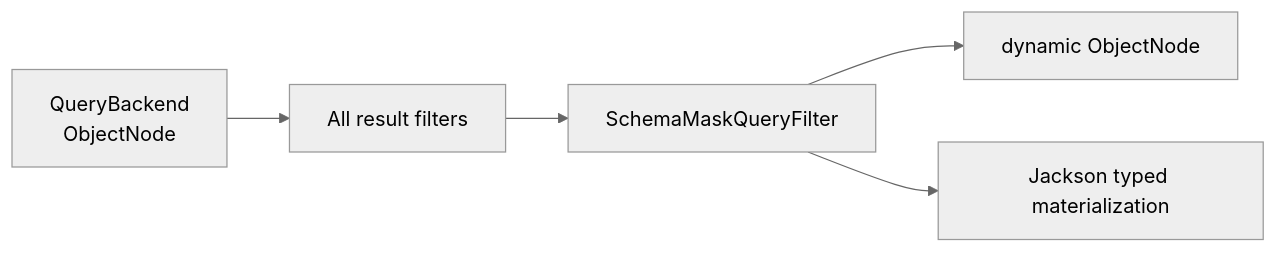
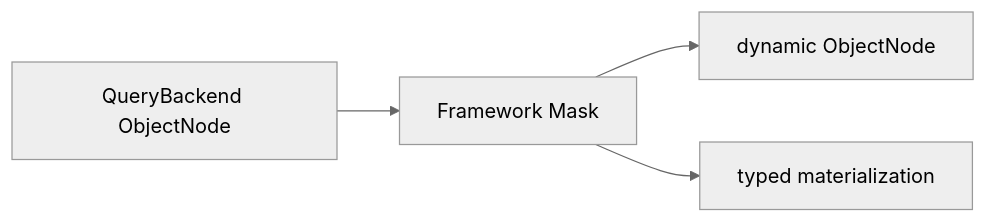
The diagram in documentation/docs/en/guide/query/masking.md (Ahoo-Wang/Wow), drawn with Mermaid (neutral theme) before and after one commit. The commit also changed other lines of this file and 257 other files, not shown here.

First line of the commit message:
refactor(query): separate schema, gateway and backend responsibilities (#3212)

````diff
--- a/documentation/docs/en/guide/query/masking.md
+++ b/documentation/docs/en/guide/query/masking.md
@@ -12,7 +12,6 @@
 ```mermaid
 flowchart LR
-    Backend["QueryBackend<br/>ObjectNode"] --> Filters["All result filters"]
-    Filters --> Mask["SchemaMaskQueryFilter"]
+    Backend["QueryBackend ObjectNode"] --> Mask["Framework Mask"]
     Mask --> Dynamic["dynamic ObjectNode"]
-    Mask --> Jackson["Jackson typed materialization"]
+    Mask --> Jackson["typed materialization"]
 ```
````
